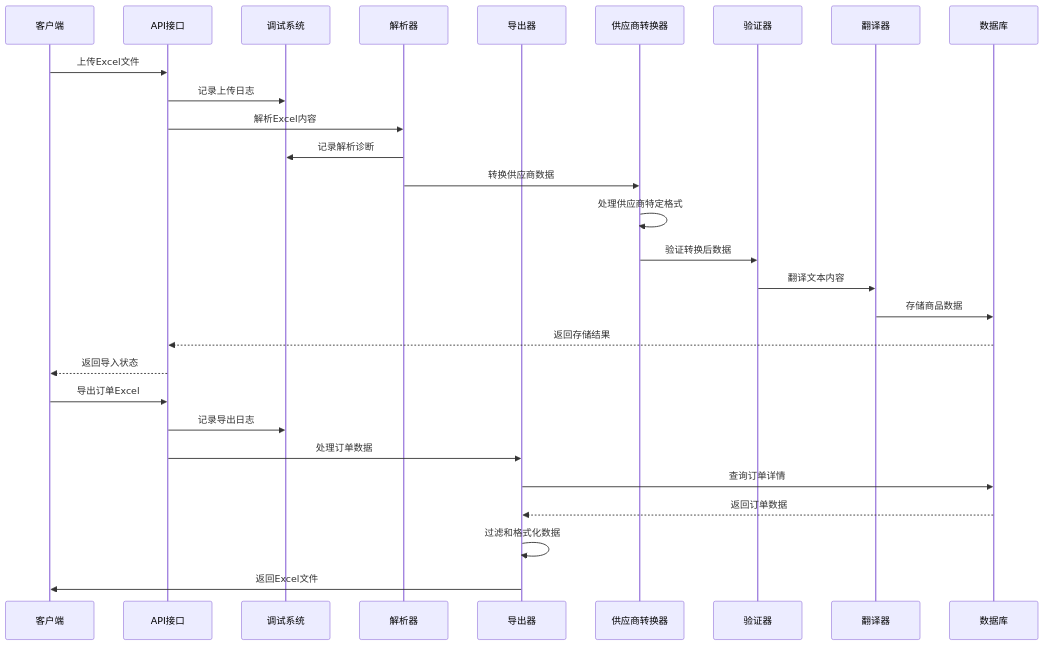
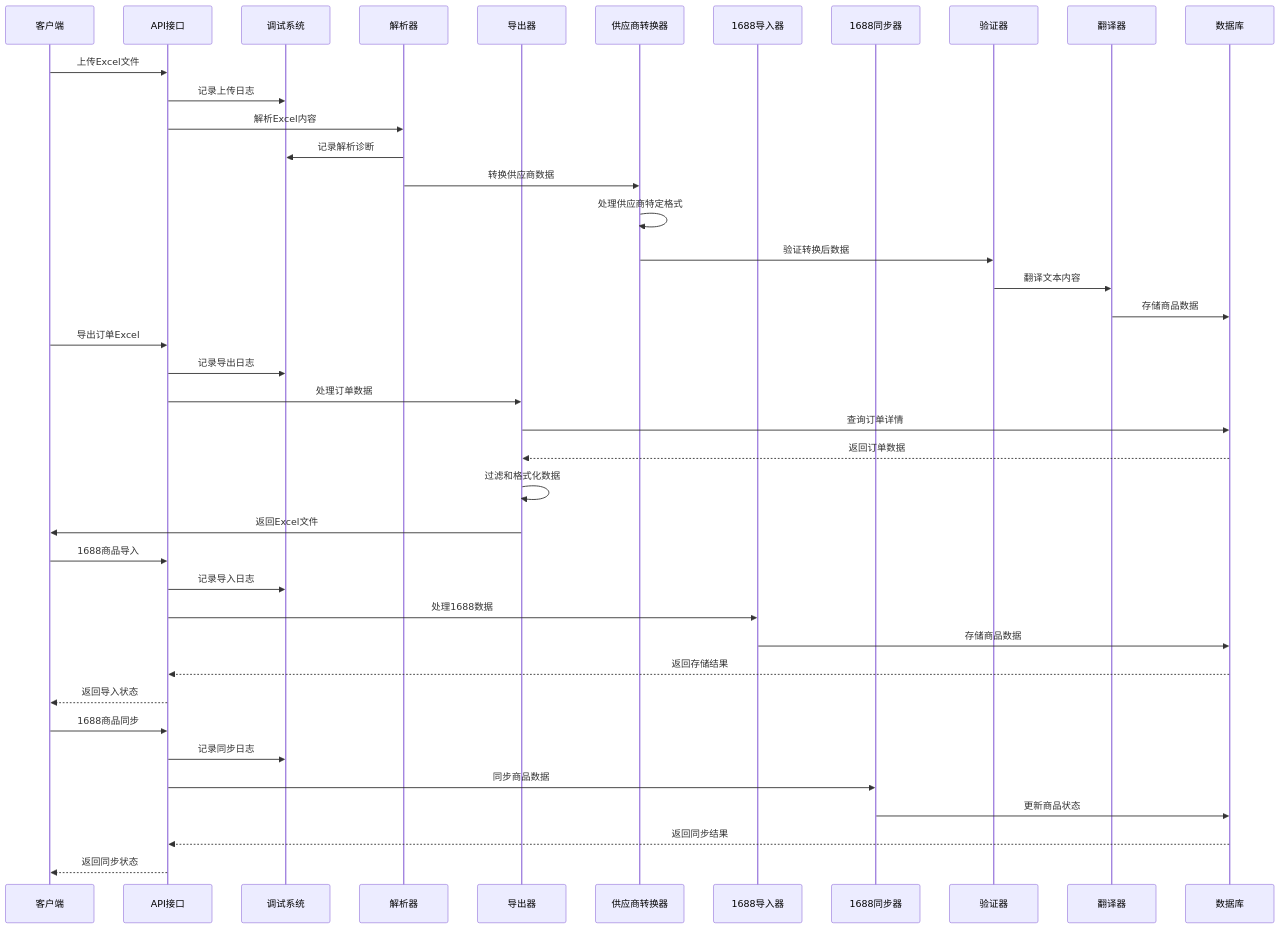
Before and after one commit to three3638-arch/celestia_2b: the second of 17 diagrams in .qoder/repowiki/zh/content/Excel Import System.md, drawn with Mermaid. The commit also changed other lines of this file and 8 other files, not shown here.

````diff
--- a/.qoder/repowiki/zh/content/Excel Import System.md
+++ b/.qoder/repowiki/zh/content/Excel Import System.md
@@ -175,30 +224,42 @@
 ```mermaid
 sequenceDiagram
 participant Client as 客户端
 participant API as API接口
 participant Debug as 调试系统
 participant Parser as 解析器
 participant Exporter as 导出器
 participant SupplierConverter as 供应商转换器
+participant Ali1688Importer as 1688导入器
+participant Ali1688Syncer as 1688同步器
 participant Validator as 验证器
 participant Translator as 翻译器
 participant DB as 数据库
 Client->>API : 上传Excel文件
 API->>Debug : 记录上传日志
 API->>Parser : 解析Excel内容
 Parser->>Debug : 记录解析诊断
 Parser->>SupplierConverter : 转换供应商数据
 SupplierConverter->>SupplierConverter : 处理供应商特定格式
 SupplierConverter->>Validator : 验证转换后数据
 Validator->>Translator : 翻译文本内容
 Translator->>DB : 存储商品数据
-DB-->>API : 返回存储结果
-API-->>Client : 返回导入状态
 Client->>API : 导出订单Excel
 API->>Debug : 记录导出日志
 API->>Exporter : 处理订单数据
 Exporter->>DB : 查询订单详情
 DB-->>Exporter : 返回订单数据
 Exporter->>Exporter : 过滤和格式化数据
 Exporter->>Client : 返回Excel文件
+Client->>API : 1688商品导入
+API->>Debug : 记录导入日志
+API->>Ali1688Importer : 处理1688数据
+Ali1688Importer->>DB : 存储商品数据
+DB-->>API : 返回存储结果
+API-->>Client : 返回导入状态
+Client->>API : 1688商品同步
+API->>Debug : 记录同步日志
+API->>Ali1688Syncer : 同步商品数据
+Ali1688Syncer->>DB : 更新商品状态
+DB-->>API : 返回同步结果
+API-->>Client : 返回同步状态
 ```
````
